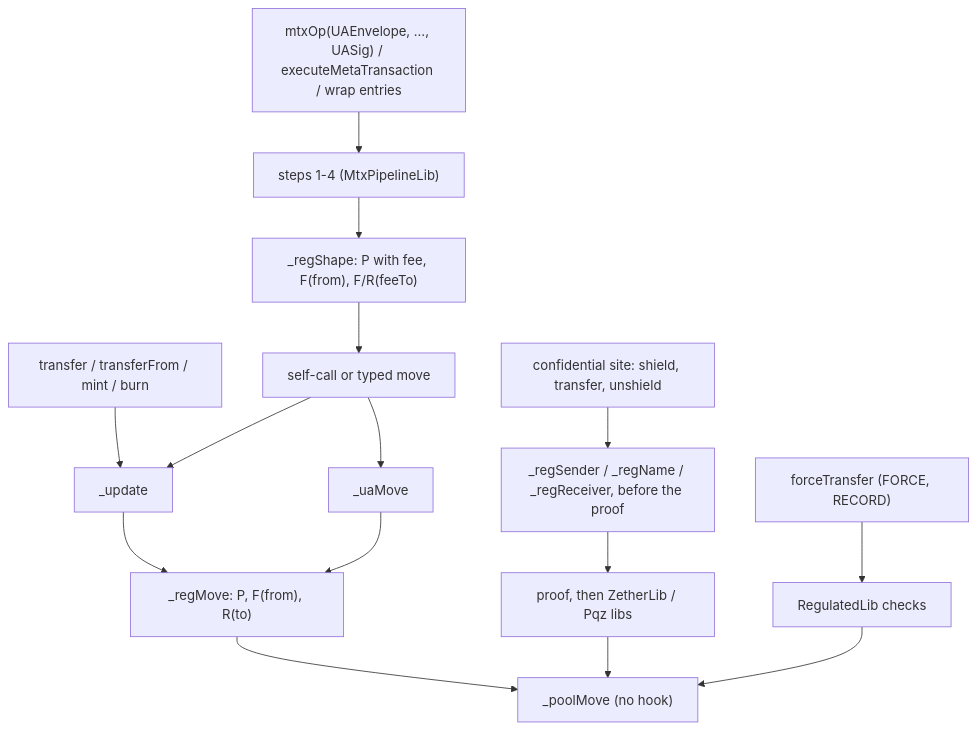
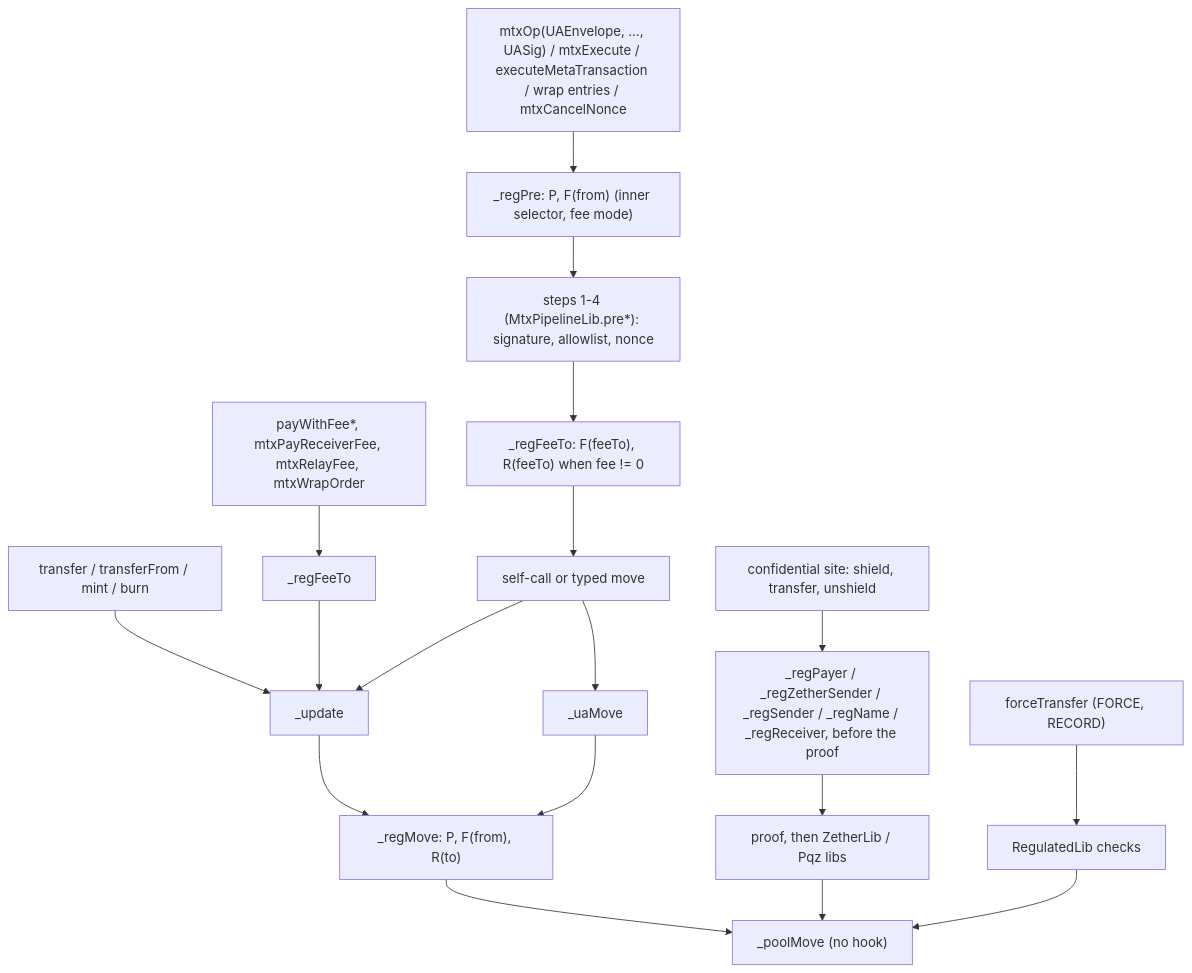
Before and after one commit to dinhduongha/scaas: the diagram in docs/superpowers/specs/2026-11-05-regulated-kinds.md, drawn with Mermaid. The commit also changed other lines of this file and 3 other files, not shown here.

````diff
--- a/docs/superpowers/specs/2026-11-05-regulated-kinds.md
+++ b/docs/superpowers/specs/2026-11-05-regulated-kinds.md
@@ -89,15 +119,17 @@
 ```mermaid
 flowchart TD
-    E["mtxOp(UAEnvelope, …, UASig) / executeMetaTransaction / wrap entries"] --> S["steps 1-4 (MtxPipelineLib)"]
-    S --> H1["_regShape: P with fee, F(from), F/R(feeTo)"]
+    E["mtxOp(UAEnvelope, …, UASig) / mtxExecute / executeMetaTransaction / wrap entries / mtxCancelNonce"] --> H0["_regPre: P, F(from) (inner selector, fee mode)"]
+    H0 --> S["steps 1-4 (MtxPipelineLib.pre*): signature, allowlist, nonce"]
+    S --> H1["_regFeeTo: F(feeTo), R(feeTo) when fee != 0"]
     H1 --> C["self-call or typed move"]
     D["transfer / transferFrom / mint / burn"] --> U["_update"]
+    FP["payWithFee*, mtxPayReceiverFee, mtxRelayFee, mtxWrapOrder"] --> H1b["_regFeeTo"] --> U
     C --> U
     C --> M["_uaMove"]
     U --> H2["_regMove: P, F(from), R(to)"]
     M --> H2
     H2 --> PM["_poolMove (no hook)"]
-    CS["confidential site: shield, transfer, unshield"] --> H3["_regSender / _regName / _regReceiver, before the proof"]
+    CS["confidential site: shield, transfer, unshield"] --> H3["_regPayer / _regZetherSender / _regSender / _regName / _regReceiver, before the proof"]
     H3 --> PR["proof, then ZetherLib / Pqz libs"] --> PM
     FT["forceTransfer (FORCE, RECORD)"] --> RL["RegulatedLib checks"] --> PM
 ```
````
